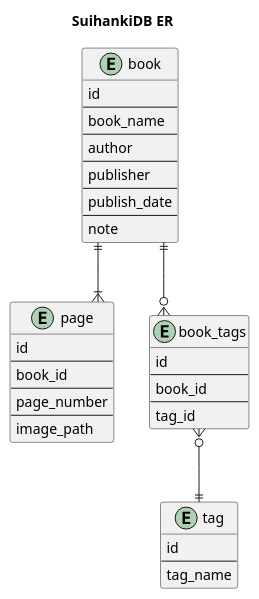
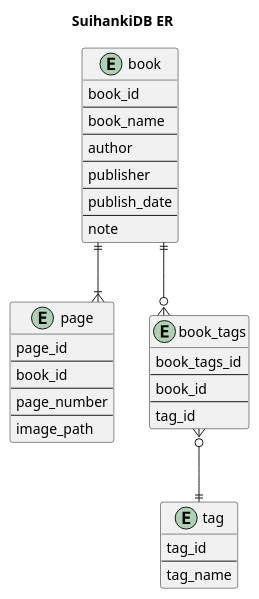
One commit to tsubasa283paris/Suihanki changed the diagram in uml/er/db.pu. Above: the diagram before and after it, drawn with PlantUML.

Commit message:
Edit id names

```diff
--- a/uml/er/db.pu
+++ b/uml/er/db.pu
@@ -1,45 +1,45 @@
 @startuml
 
 title SuihankiDB ER
 skinparam linetype ortho
 
 entity "book" as b {
-    id
+    book_id
     --
     book_name
     --
     author
     --
     publisher
     --
     publish_date
     --
     note
 }
 entity "page" as p {
-    id
+    page_id
     --
     book_id
     --
     page_number
     --
     image_path
 }
 entity "book_tags" as bt {
-    id
+    book_tags_id
     --
     book_id
     --
     tag_id
 }
 entity "tag" as t {
-    id
+    tag_id
     --
     tag_name
 }
 
 b ||--|{ p
 b ||--o{ bt
 bt }o--|| t
 
 @enduml
```
